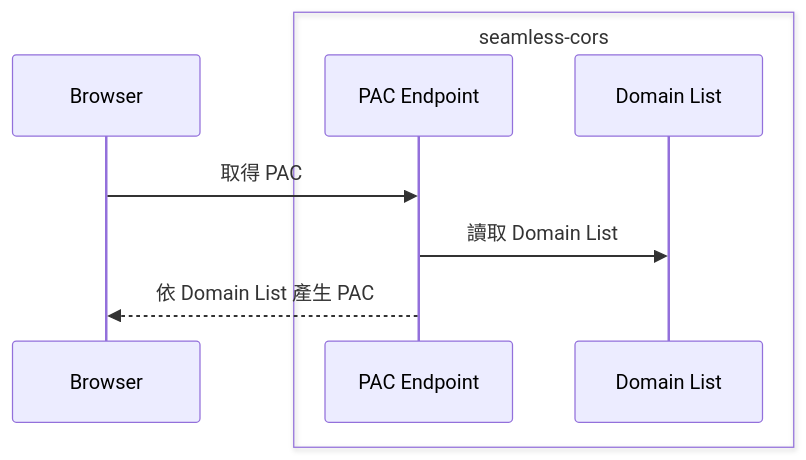
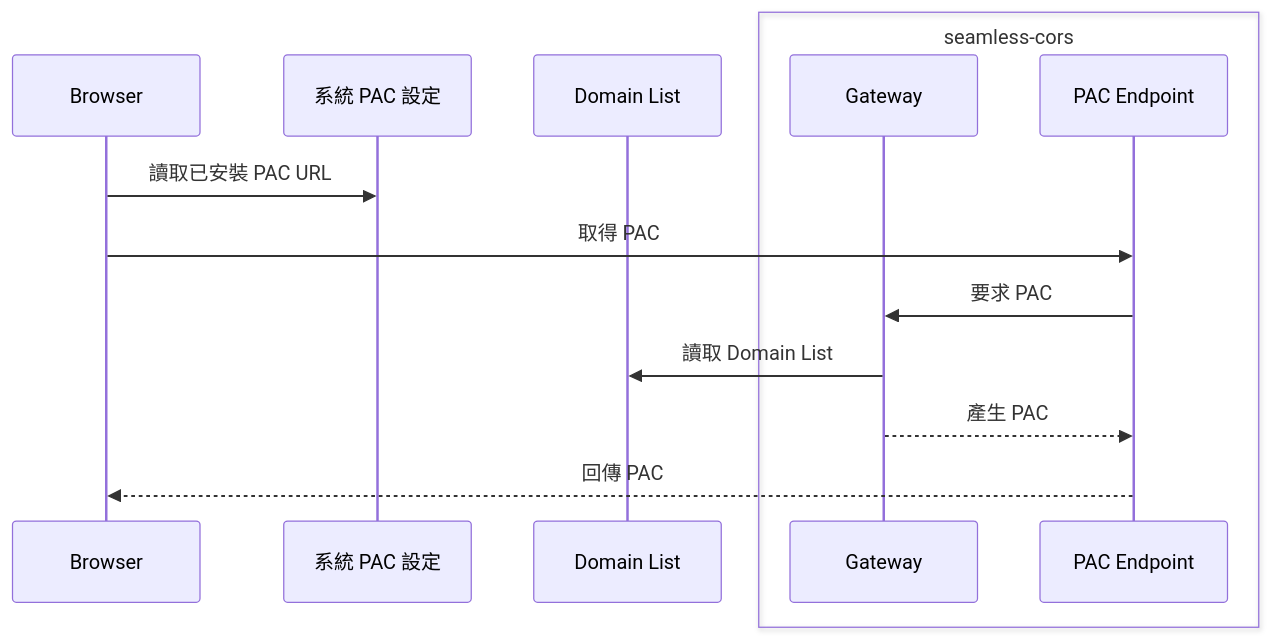
One commit to QzCurious/seamless-cors changed the second of 5 diagrams in diagrams/v2.md. Above: the diagram before and after it, drawn with Mermaid. The commit also changed other lines of this file and 3 other files, not shown here.

Commit message:
update diagrams

````diff
--- a/diagrams/v2.md
+++ b/diagrams/v2.md
@@ -19,12 +19,17 @@
 ```mermaid
 sequenceDiagram
   participant Browser
+  participant SystemPAC as 系統 PAC 設定
+  participant DomainList as Domain List
   box seamless-cors
+    participant Gateway
     participant PacEndpoint as PAC Endpoint
-    participant DomainList as Domain List
   end
 
+  Browser->>SystemPAC: 讀取已安裝 PAC URL
   Browser->>PacEndpoint: 取得 PAC
-  PacEndpoint->>DomainList: 讀取 Domain List
-  PacEndpoint-->>Browser: 依 Domain List 產生 PAC
+  PacEndpoint->>Gateway: 要求 PAC
+  Gateway->>DomainList: 讀取 Domain List
+  Gateway-->>PacEndpoint: 產生 PAC
+  PacEndpoint-->>Browser: 回傳 PAC
 ```
````
